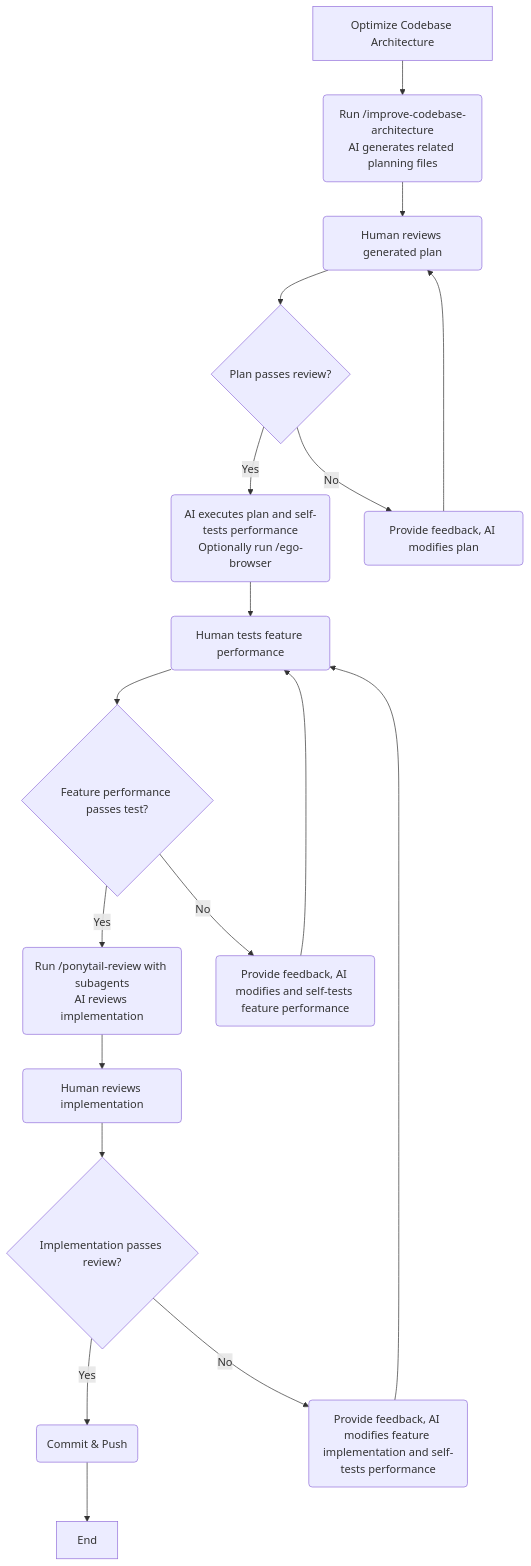
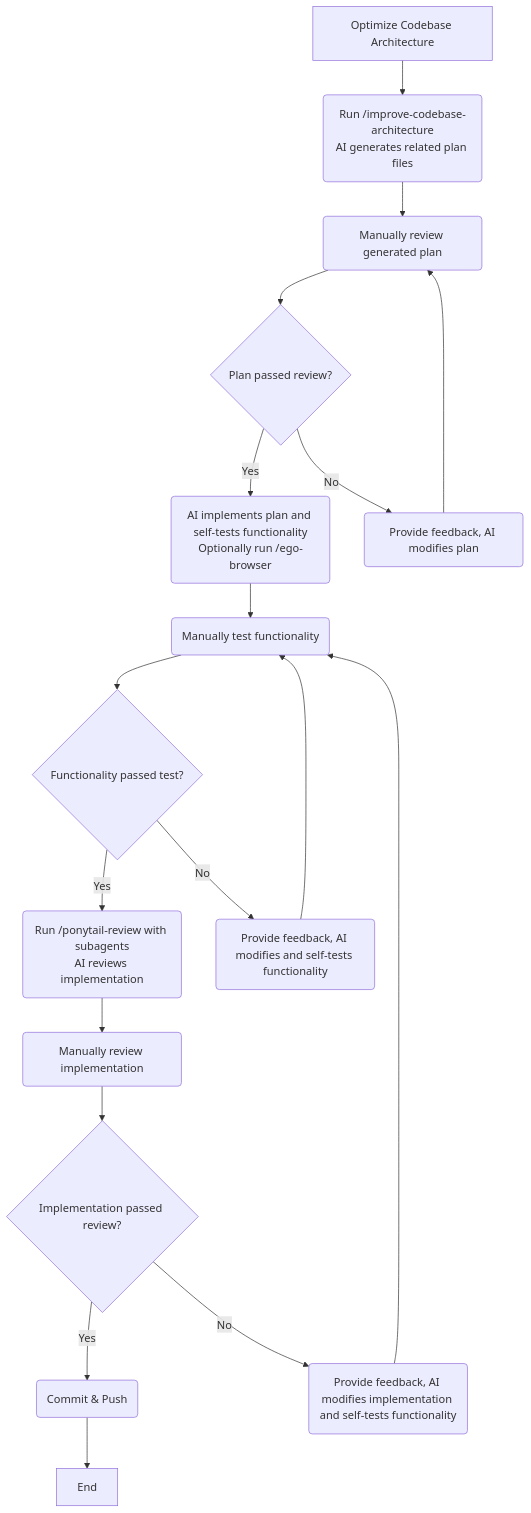
Before and after one commit to ModyQyW/ai: the third of 3 diagrams in README.md, drawn with Mermaid. The commit also changed other lines of this file and 1 other file, not shown here.

````diff
--- a/README.md
+++ b/README.md
@@ -160,20 +174,21 @@
 ```mermaid
 flowchart TD
-   A[Optimize Codebase Architecture] --> B(Run /improve-codebase-architecture\nAI generates related planning files)
-   B --> C(Human reviews generated plan)
-   C --> D{Plan passes review?}
-   D -->|Yes| F(AI executes plan and self-tests performance\nOptionally run /ego-browser)
+   A[Optimize Codebase Architecture] --> B(Run /improve-codebase-architecture\nAI generates related plan files)
+   B --> C(Manually review generated plan)
+   C --> D{Plan passed review?}
+   D -->|Yes| F(AI implements plan and self-tests functionality\nOptionally run /ego-browser)
    D -->|No| E(Provide feedback, AI modifies plan)
    E --> C
-   F --> G(Human tests feature performance)
-   G --> H{Feature performance passes test?}
+   F --> G(Manually test functionality)
+   G --> H{Functionality passed test?}
    H -->|Yes| I(Run /ponytail-review with subagents\nAI reviews implementation)
-   H -->|No| J(Provide feedback, AI modifies and self-tests feature performance)
+   H -->|No| J(Provide feedback, AI modifies and self-tests functionality)
    J --> G
-   I --> K(Human reviews implementation)
-   K --> L{Implementation passes review?}
+   I --> K(Manually review implementation)
+   K --> L{Implementation passed review?}
    L -->|Yes| M(Commit & Push)
-   L -->|No| N(Provide feedback, AI modifies feature implementation and self-tests performance)
+   L -->|No| N(Provide feedback, AI modifies implementation and self-tests functionality)
    N --> G
    M --> O[End]
+
 ```
````
